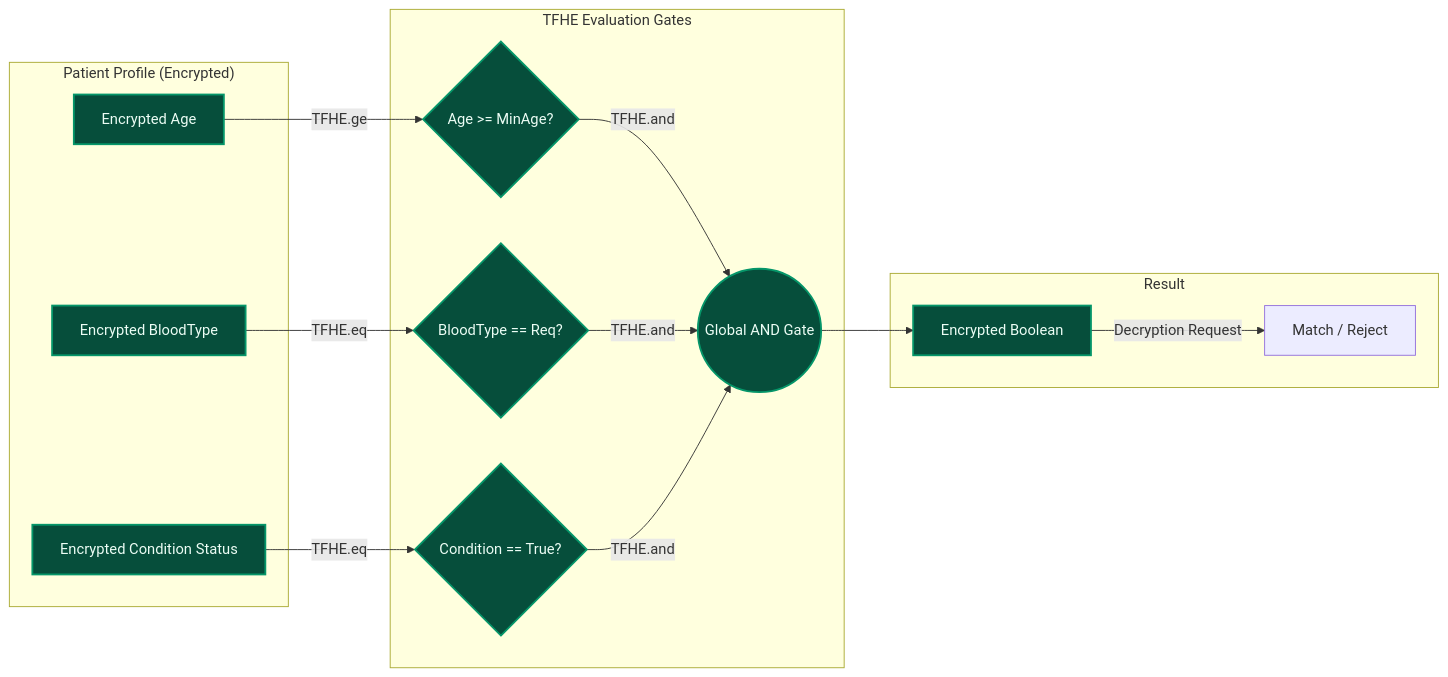
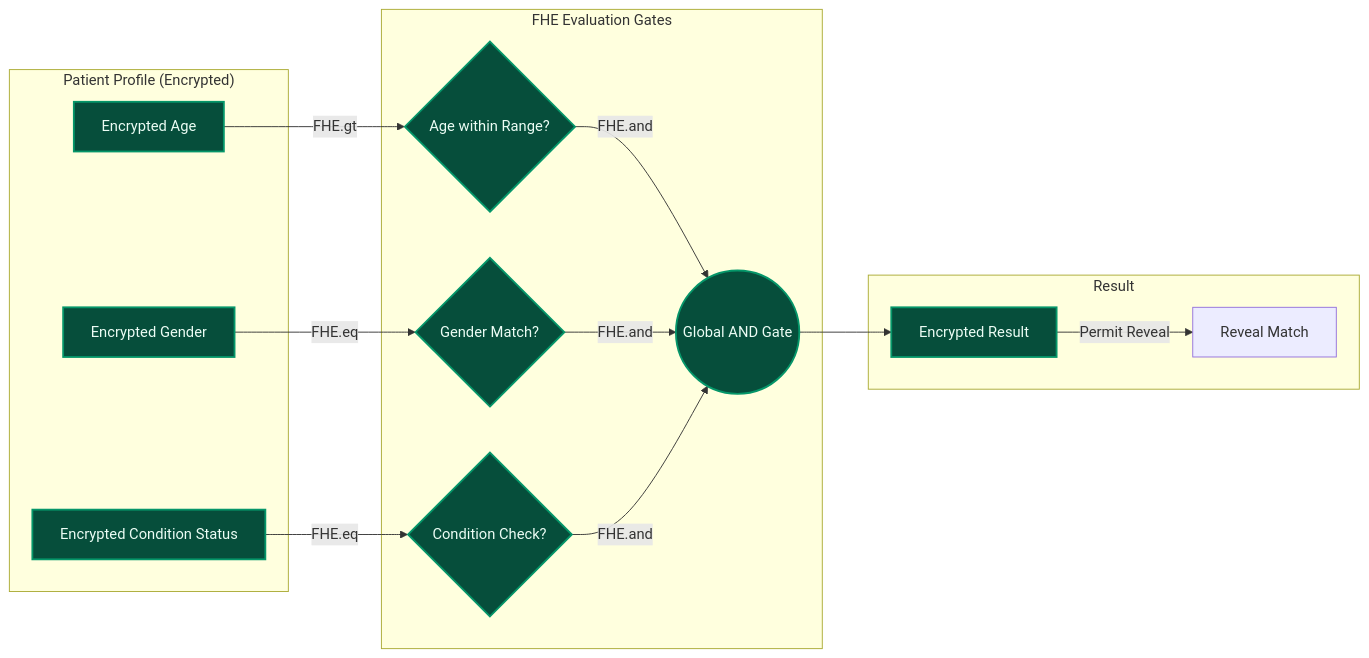
The fifth of 6 diagrams in README.md (shery8595/Medvault), drawn with Mermaid before and after one commit. The commit also changed other lines of this file and 104 other files, not shown here.

````diff
--- a/README.md
+++ b/README.md
@@ -158,26 +160,26 @@
 ```mermaid
 graph LR
     subgraph "Patient Profile (Encrypted)"
         A[Encrypted Age]
-        B[Encrypted BloodType]
+        B[Encrypted Gender]
         C[Encrypted Condition Status]
     end
     
-    subgraph "TFHE Evaluation Gates"
-        A -->|TFHE.ge| D{Age >= MinAge?}
-        B -->|TFHE.eq| E{BloodType == Req?}
-        C -->|TFHE.eq| F{Condition == True?}
+    subgraph "FHE Evaluation Gates"
+        A -->|FHE.gt| D{Age within Range?}
+        B -->|FHE.eq| E{Gender Match?}
+        C -->|FHE.eq| F{Condition Check?}
         
-        D -->|TFHE.and| G((Global AND Gate))
-        E -->|TFHE.and| G
-        F -->|TFHE.and| G
+        D -->|FHE.and| G((Global AND Gate))
+        E -->|FHE.and| G
+        F -->|FHE.and| G
     end
     
     subgraph "Result"
-        G --> H[Encrypted Boolean]
-        H -->|Decryption Request| I[Match / Reject]
+        G --> H[Encrypted Result]
+        H -->|Permit Reveal| I[Reveal Match]
     end
     
     classDef secret fill:#064e3b,stroke:#059669,stroke-width:2px,color:#ecfdf5;
     class A,B,C,D,E,F,G,H secret
 ```
````
